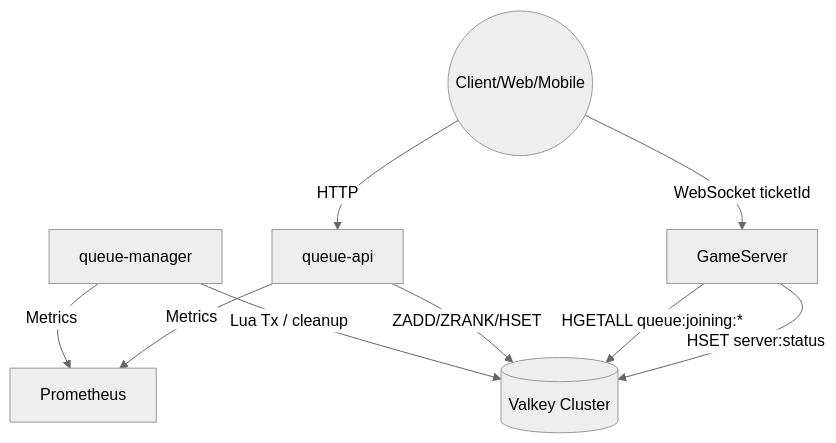
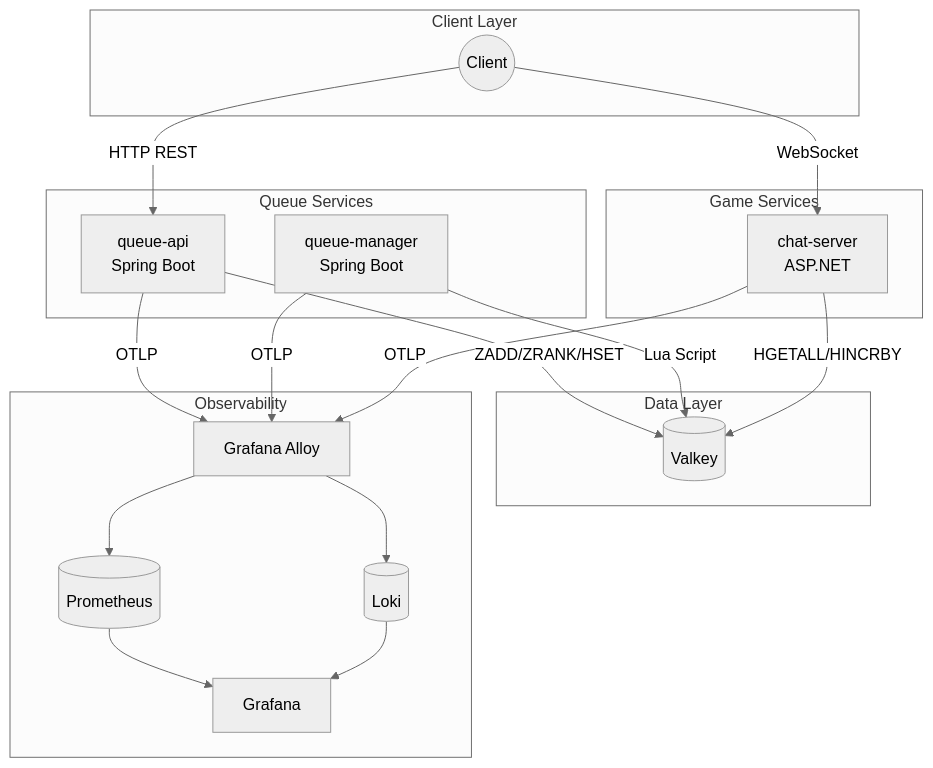
Before and after one commit to likelion-cloud-423/queue-server: the first of 7 diagrams in spec.md, drawn with Mermaid (neutral theme). The commit also changed other lines of this file and 23 other files, not shown here.

````diff
--- a/spec.md
+++ b/spec.md
@@ -34,11 +49,42 @@
 ```mermaid
-graph TD
-        Client((Client/Web/Mobile)) -->|HTTP| QueueAPI
-        QueueManager -->|Metrics| Prometheus
-        QueueManager[queue-manager] -->|Lua Tx / cleanup| Valkey
-        QueueAPI -->|Metrics| Prometheus
-        QueueAPI[queue-api] -->|ZADD/ZRANK/HSET| Valkey[(Valkey Cluster)]
-        Client -->|WebSocket ticketId| GameServer
-        GameServer -->|HGETALL queue:joining:*| Valkey
-        GameServer -->|HSET server:status| Valkey
+graph TB
+    subgraph Client Layer
+        Client((Client))
+    end
+
+    subgraph Queue Services
+        QueueAPI[queue-api<br/>Spring Boot]
+        QueueManager[queue-manager<br/>Spring Boot]
+    end
+
+    subgraph Game Services
+        GameServer[chat-server<br/>ASP.NET]
+    end
+
+    subgraph Data Layer
+        Valkey[(Valkey)]
+    end
+
+    subgraph Observability
+        Alloy[Grafana Alloy]
+        Prometheus[(Prometheus)]
+        Loki[(Loki)]
+        Grafana[Grafana]
+    end
+
+    Client -->|HTTP REST| QueueAPI
+    Client -->|WebSocket| GameServer
+
+    QueueAPI -->|ZADD/ZRANK/HSET| Valkey
+    QueueManager -->|Lua Script| Valkey
+    GameServer -->|HGETALL/HINCRBY| Valkey
+
+    QueueAPI -->|OTLP| Alloy
+    QueueManager -->|OTLP| Alloy
+    GameServer -->|OTLP| Alloy
+
+    Alloy --> Prometheus
+    Alloy --> Loki
+    Prometheus --> Grafana
+    Loki --> Grafana
 ```
````
